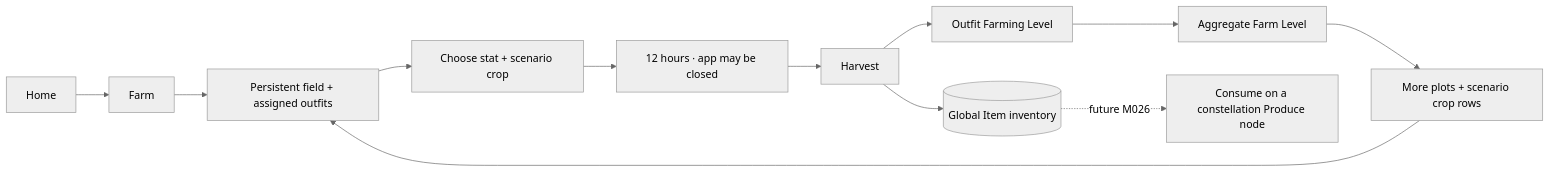
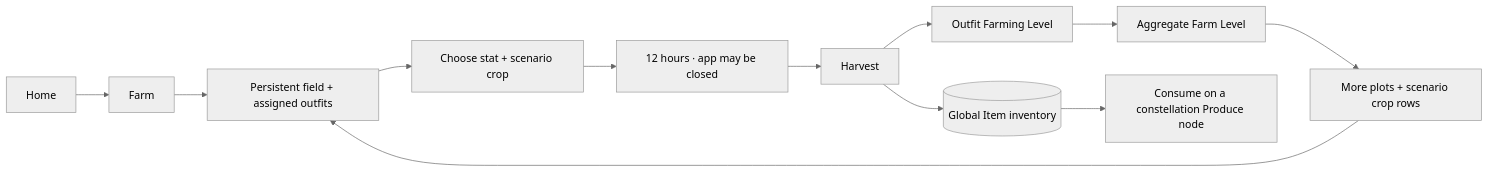
One commit to luismlorenzana/uma-racer changed the diagram in docs/design/farm.md. Above: the diagram before and after it, drawn with Mermaid (neutral theme). The commit also changed other lines of this file and 41 other files, not shown here.

First line of the commit message:
feat(training): consume farm produce on constellation nodes

````diff
--- a/docs/design/farm.md
+++ b/docs/design/farm.md
@@ -17,14 +17,14 @@
 ```mermaid
 flowchart LR
     Home --> Farm
     Farm --> Field[Persistent field + assigned outfits]
     Field --> Plant[Choose stat + scenario crop]
     Plant --> Wait[12 hours · app may be closed]
     Wait --> Harvest
     Harvest --> Outfit[Outfit Farming Level]
     Outfit --> Account[Aggregate Farm Level]
     Account --> Unlock[More plots + scenario crop rows]
     Unlock --> Field
     Harvest --> Items[(Global Item inventory)]
-    Items -. future M026 .-> Produce[Consume on a constellation Produce node]
+    Items --> Produce[Consume on a constellation Produce node]
 ```
````
